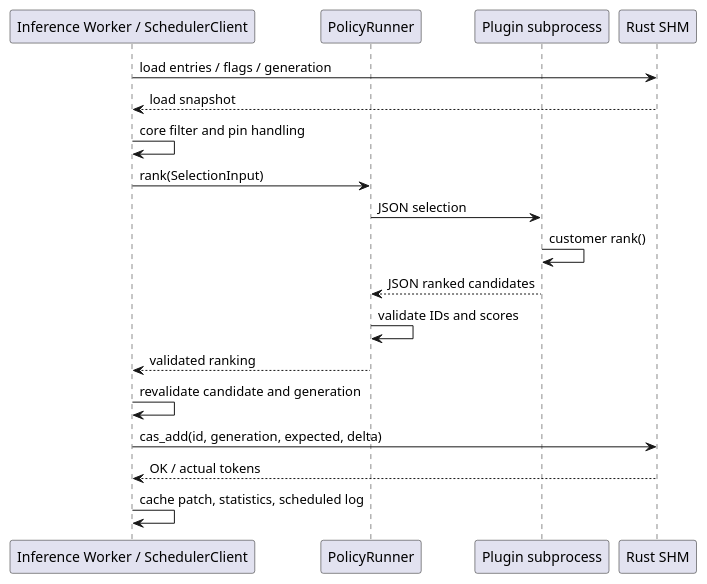
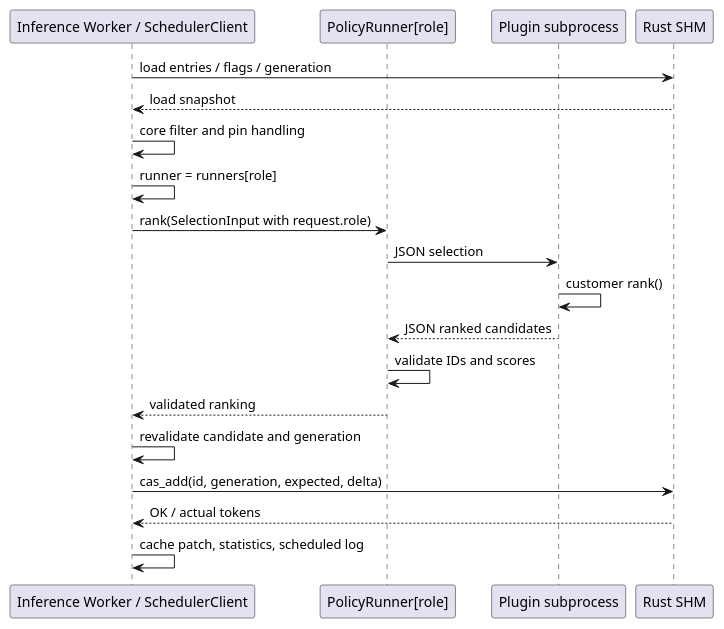
Before and after one commit to Lyr-GW/MindIE-PyMotor: the third of 4 diagrams in docs/zh/design/scheduler_policy_plugin.md, drawn with PlantUML. The commit also changed other lines of this file and 8 other files, not shown here.

````diff
--- a/docs/zh/design/scheduler_policy_plugin.md
+++ b/docs/zh/design/scheduler_policy_plugin.md
@@ -251,21 +342,22 @@
 ```plantuml
 @startuml
 participant "Inference Worker / SchedulerClient" as W
-participant "PolicyRunner" as R
+participant "PolicyRunner[role]" as R
 participant "Plugin subprocess" as P
 participant "Rust SHM" as S
 W -> S : load entries / flags / generation
 S --> W : load snapshot
 W -> W : core filter and pin handling
-W -> R : rank(SelectionInput)
+W -> W : runner = runners[role]
+W -> R : rank(SelectionInput with request.role)
 R -> P : JSON selection
 P -> P : customer rank()
 P --> R : JSON ranked candidates
 R -> R : validate IDs and scores
 R --> W : validated ranking
 W -> W : revalidate candidate and generation
 W -> S : cas_add(id, generation, expected, delta)
 S --> W : OK / actual tokens
 W -> W : cache patch, statistics, scheduled log
 @enduml
 ```
````
